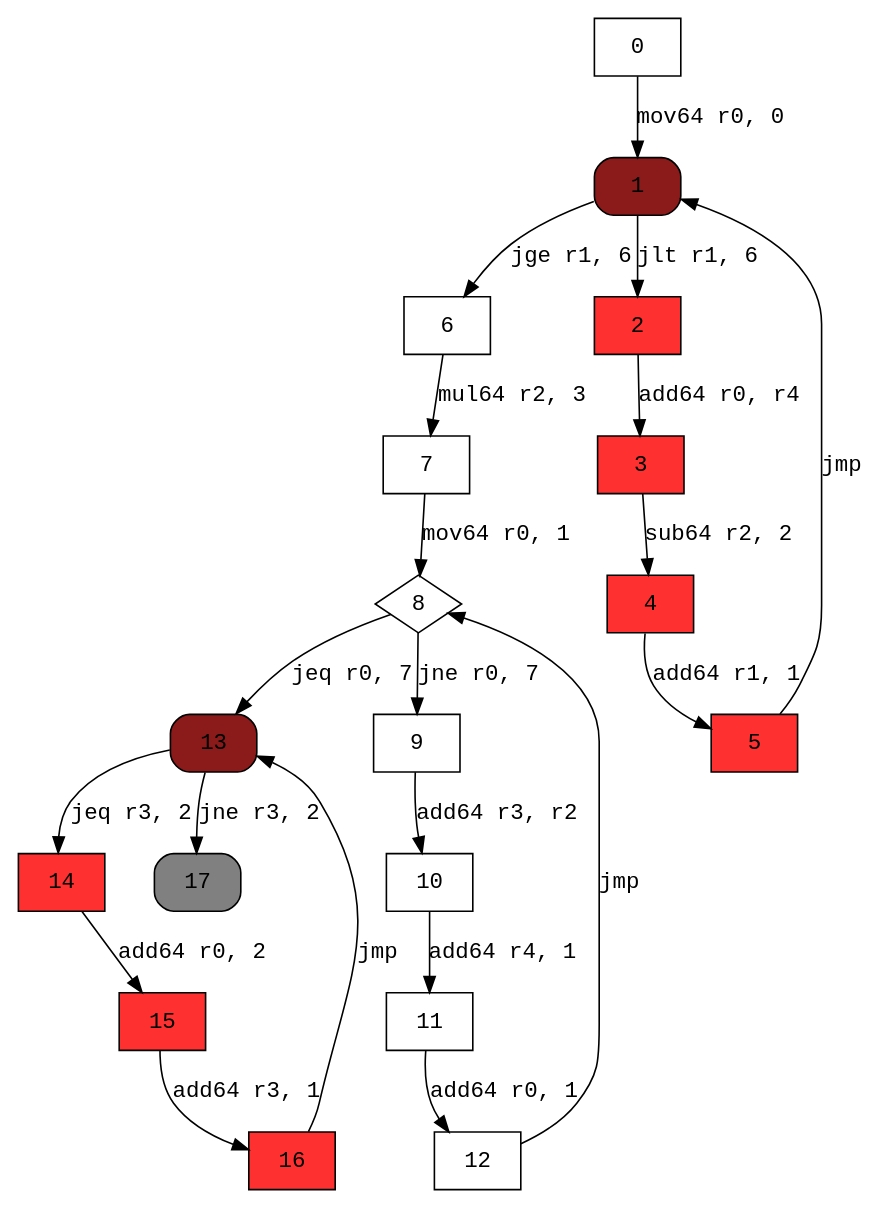
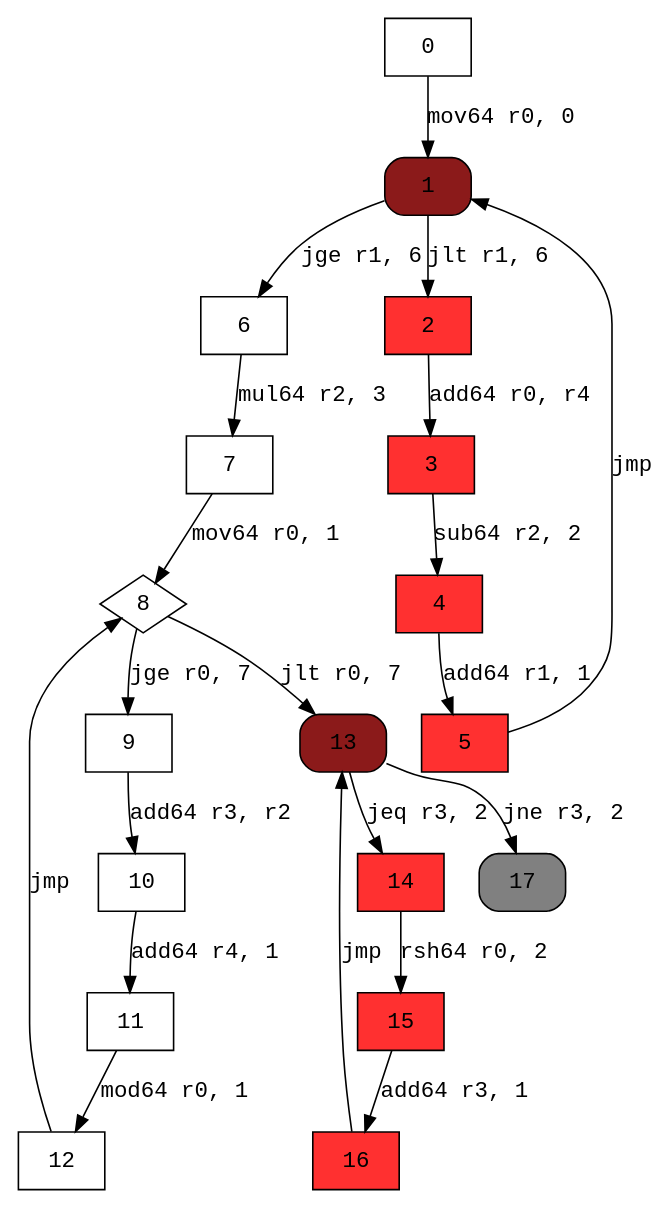
Before and after one commit to XicoCorreia/Information-Flow-Analysis-Thesis: the diagram in examples/graphs/seqWhiles.dot, drawn with Graphviz. The commit also changed 12 other files, not shown here.

```diff
--- a/examples/graphs/seqWhiles.dot
+++ b/examples/graphs/seqWhiles.dot
@@ -1,36 +1,36 @@
 digraph cfg { 
 node [fontname="monospace"];
 node [shape=box];
 edge [fontname="monospace"];
   0 -> 1 [label="mov64 r0, 0"];
   1 -> 6 [label="jge r1, 6"];
   1 -> 2 [label="jlt r1, 6"];
   2 -> 3 [label="add64 r0, r4"];
   3 -> 4 [label="sub64 r2, 2"];
   4 -> 5 [label="add64 r1, 1"];
   5 -> 1 [label="jmp"];
   6 -> 7 [label="mul64 r2, 3"];
   7 -> 8 [label="mov64 r0, 1"];
-  8 -> 13 [label="jeq r0, 7"];
-  8 -> 9 [label="jne r0, 7"];
+  8 -> 9 [label="jge r0, 7"];
+  8 -> 13 [label="jlt r0, 7"];
   9 -> 10 [label="add64 r3, r2"];
   10 -> 11 [label="add64 r4, 1"];
-  11 -> 12 [label="add64 r0, 1"];
+  11 -> 12 [label="mod64 r0, 1"];
   12 -> 8 [label="jmp"];
   13 -> 14 [label="jeq r3, 2"];
   13 -> 17 [label="jne r3, 2"];
-  14 -> 15 [label="add64 r0, 2"];
+  14 -> 15 [label="rsh64 r0, 2"];
   15 -> 16 [label="add64 r3, 1"];
   16 -> 13 [label="jmp"];
 1 [style="rounded,filled",fillcolor=firebrick4];
 2 [style=filled,fillcolor=firebrick1];
 3 [style=filled,fillcolor=firebrick1];
 4 [style=filled,fillcolor=firebrick1];
 5 [style=filled,fillcolor=firebrick1];
 8 [shape=diamond];
 13 [style="rounded,filled",fillcolor=firebrick4];
 14 [style=filled,fillcolor=firebrick1];
 15 [style=filled,fillcolor=firebrick1];
 16 [style=filled,fillcolor=firebrick1];
 17 [style="rounded,filled",fillcolor=grey];
 }
```
